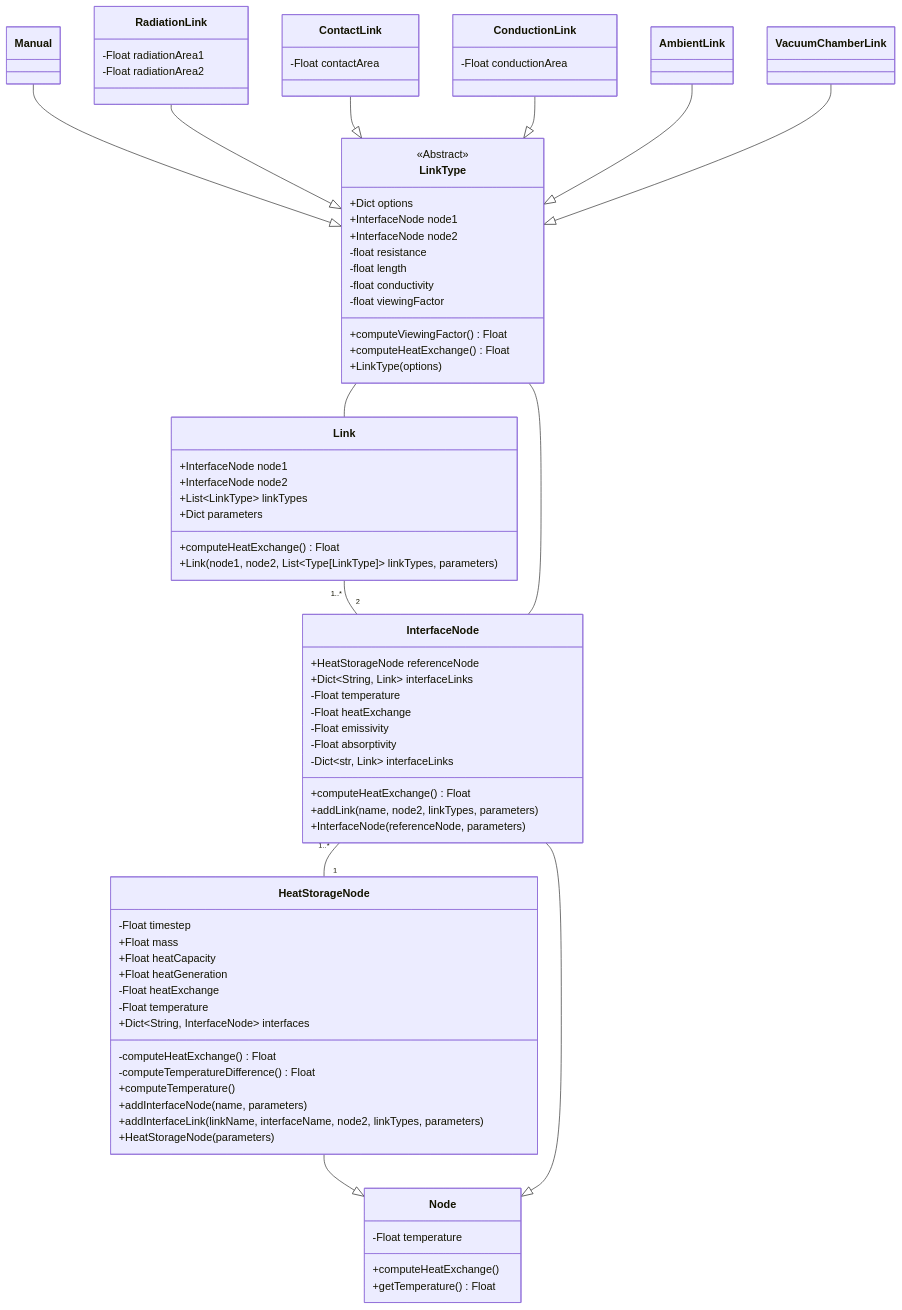
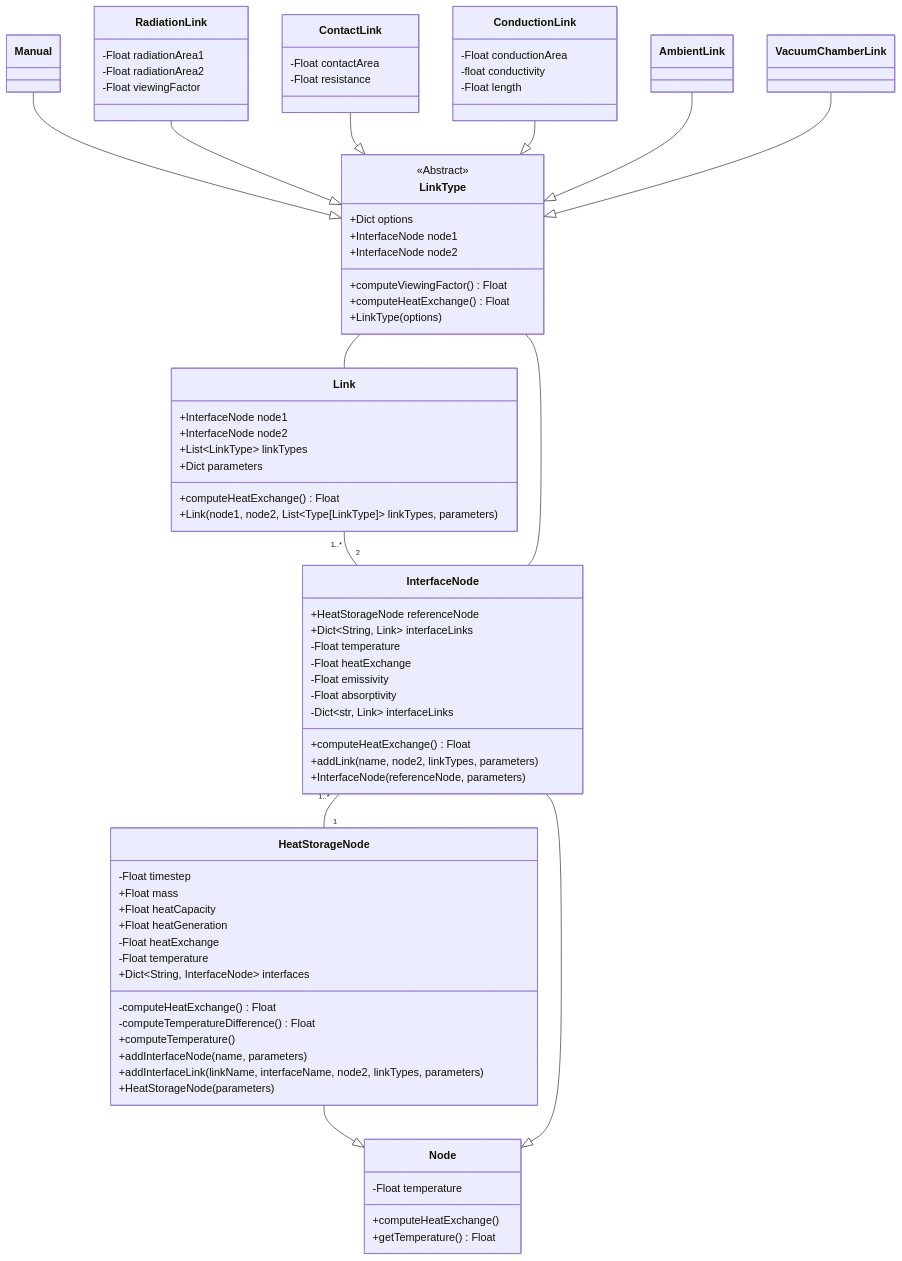
One commit to niveK77pur/ISM-Thermal-Model changed the diagram in class-diagram/class-diagram.mmd. Above: the diagram before and after it, drawn with Mermaid. The commit also changed 2 other files, not shown here.

```diff
--- a/class-diagram/class-diagram.mmd
+++ b/class-diagram/class-diagram.mmd
@@ -1,91 +1,91 @@
 classDiagram
 
 
 class Node {
     -Float temperature
     +computeHeatExchange()
     +getTemperature() Float
 }
 
 class HeatStorageNode {
     -Float timestep
     +Float mass
     +Float heatCapacity
     +Float heatGeneration
     -Float heatExchange
     -Float temperature
     +Dict~String, InterfaceNode~ interfaces
     -computeHeatExchange() Float
     -computeTemperatureDifference() Float
     +computeTemperature()
     +addInterfaceNode(name, parameters)
     +addInterfaceLink(linkName, interfaceName, node2, linkTypes, parameters)
     +HeatStorageNode(parameters)
 }
 
 class InterfaceNode {
     +HeatStorageNode referenceNode
     +Dict~String, Link~ interfaceLinks
     -Float temperature
     -Float heatExchange
     -Float emissivity
     -Float absorptivity
     -Dict~str, Link~ interfaceLinks
     +computeHeatExchange() Float
     +addLink(name, node2, linkTypes, parameters)
     +InterfaceNode(referenceNode, parameters)
 }
 
 class Link {
     +InterfaceNode node1
     +InterfaceNode node2
     +List~LinkType~ linkTypes
     +Dict parameters
     +computeHeatExchange() Float
     +Link(node1, node2, List~Type[LinkType]~ linkTypes, parameters)
 }
 
 
 class LinkType {
     <<Abstract>>
     +Dict options
     +InterfaceNode node1
     +InterfaceNode node2
-    -float resistance
-    -float length
-    -float conductivity
-    -float viewingFactor
     +computeViewingFactor() Float
     +computeHeatExchange() Float
     +LinkType(options)
 }
 
 class RadiationLink {
     -Float radiationArea1
     -Float radiationArea2
+    -Float viewingFactor
 }
 
 class ContactLink {
     -Float contactArea
+    -Float resistance
 }
 
 class ConductionLink {
     -Float conductionArea
+    -float conductivity
+    -Float length
 }
 
 HeatStorageNode --|> Node
 InterfaceNode --|> Node
 
 Manual --|> LinkType
 RadiationLink --|> LinkType
 ContactLink --|> LinkType
 ConductionLink --|> LinkType
 AmbientLink --|> LinkType
 VacuumChamberLink --|> LinkType
 
 Link "1..*" -- "2" InterfaceNode
 
 InterfaceNode "1..*" -- "1" HeatStorageNode
 
 LinkType -- Link
 LinkType -- InterfaceNode
```
